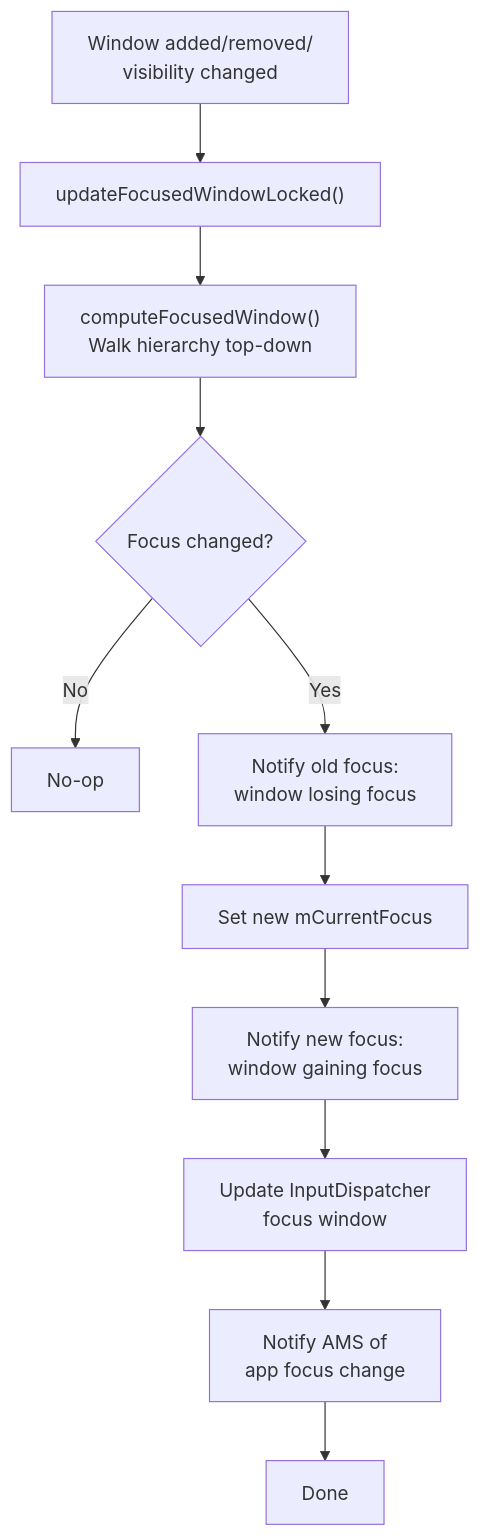
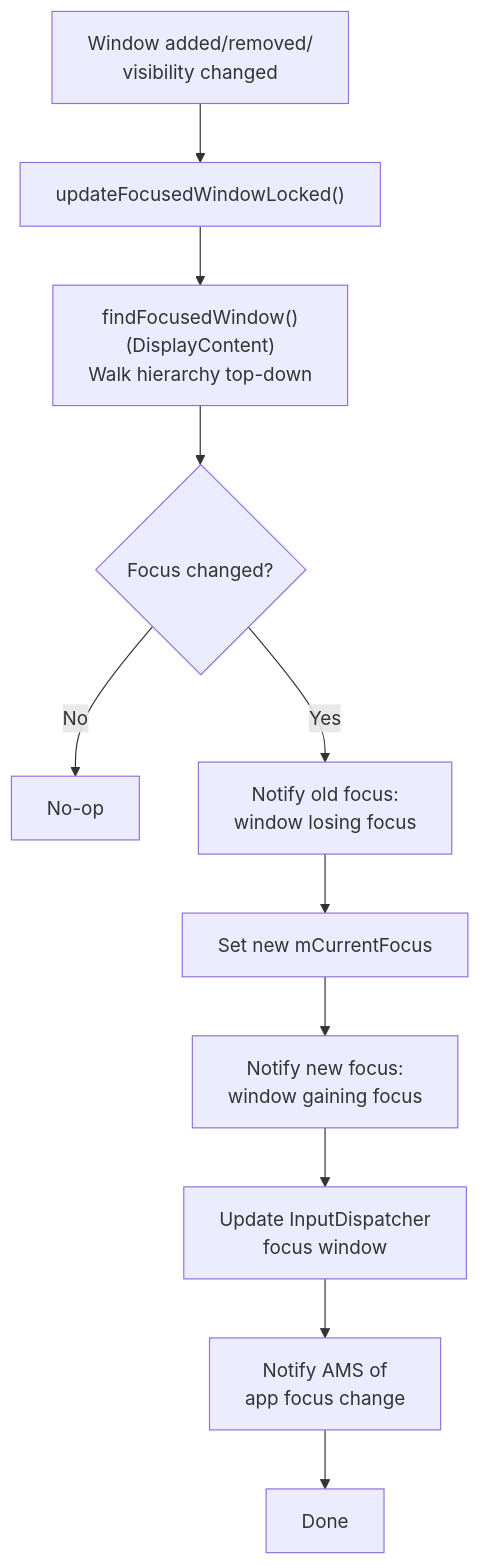
One commit to aospbooks/aosp-internal-book changed diagram 13 of 41 in agents/claude/skills/aosp-framework-core/22-activity-and-window.md. Above: the diagram before and after it, drawn with Mermaid. The commit also changed other lines of this file and 218 other files, not shown here.

````diff
--- a/agents/claude/skills/aosp-framework-core/22-activity-and-window.md
+++ b/agents/claude/skills/aosp-framework-core/22-activity-and-window.md
@@ -1283,13 +1281,13 @@
 ```mermaid
 flowchart TD
     Change["Window added/removed/<br/>visibility changed"] --> UpdateFocus["updateFocusedWindowLocked()"]
-    UpdateFocus --> Compute["computeFocusedWindow()<br/>Walk hierarchy top-down"]
+    UpdateFocus --> Compute["findFocusedWindow()<br/>(DisplayContent)<br/>Walk hierarchy top-down"]
     Compute --> Changed{"Focus changed?"}
     Changed -->|No| Done["No-op"]
     Changed -->|Yes| NotifyOld["Notify old focus:<br/>window losing focus"]
     NotifyOld --> SetNew["Set new mCurrentFocus"]
     SetNew --> NotifyNew["Notify new focus:<br/>window gaining focus"]
     NotifyNew --> UpdateInput["Update InputDispatcher<br/>focus window"]
     UpdateInput --> UpdateAMS["Notify AMS of<br/>app focus change"]
     UpdateAMS --> Done2["Done"]
 ```
````
